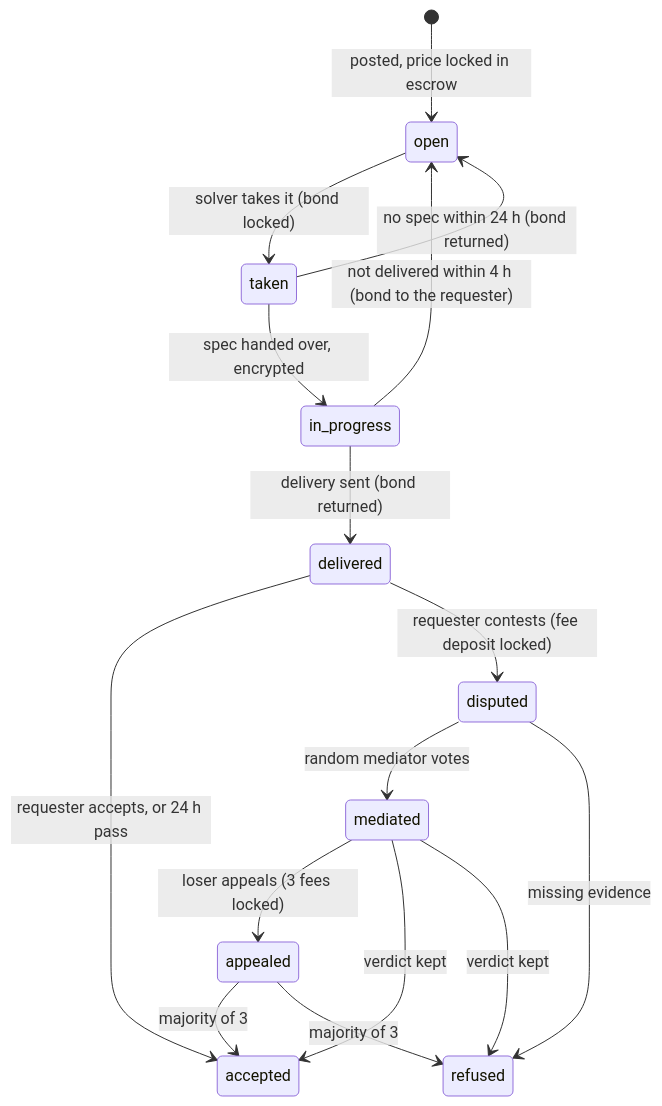
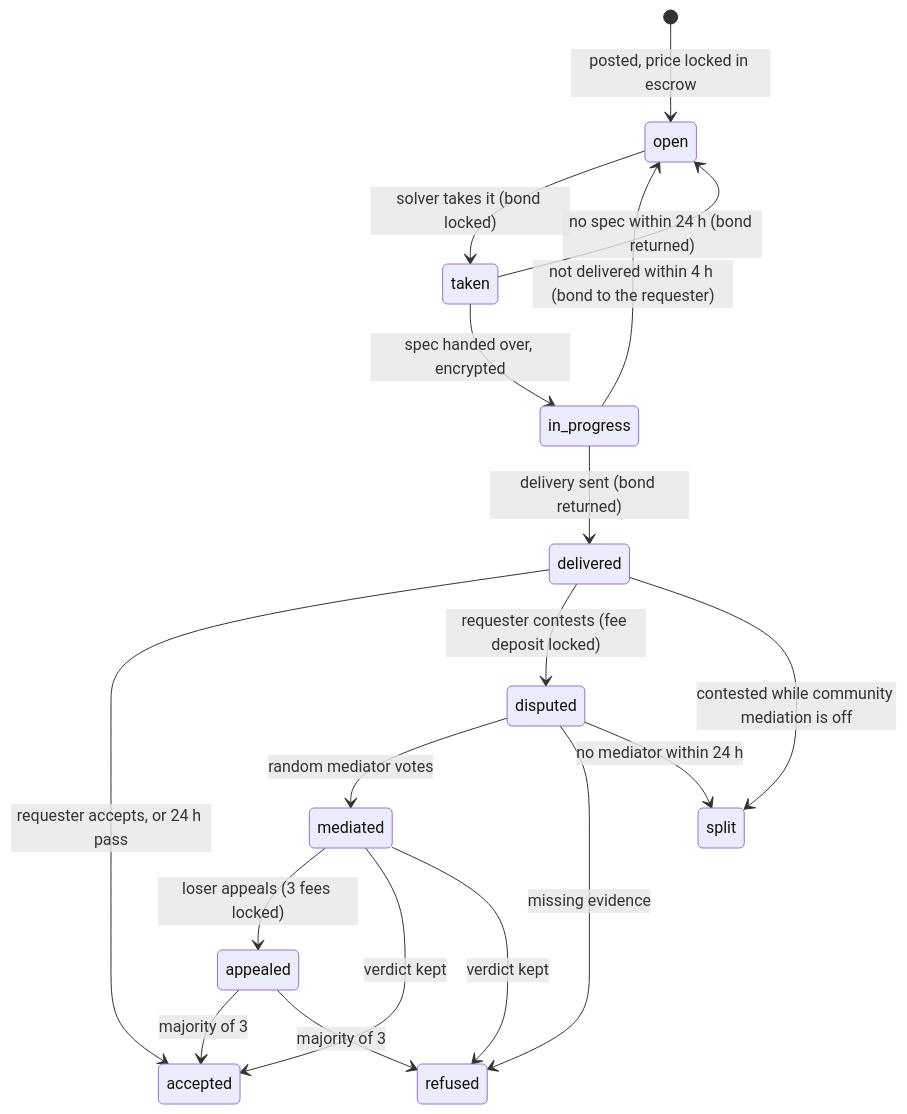
The second of 2 diagrams in docs/TECHNICAL.md (tteze/troqo), drawn with Mermaid before and after one commit. The commit also changed other lines of this file and 38 other files, not shown here.

````diff
--- a/docs/TECHNICAL.md
+++ b/docs/TECHNICAL.md
@@ -156,18 +169,20 @@
 ```mermaid
 stateDiagram-v2
     [*] --> open: posted, price locked in escrow
     open --> taken: solver takes it (bond locked)
     taken --> in_progress: spec handed over, encrypted
     taken --> open: no spec within 24 h (bond returned)
     in_progress --> delivered: delivery sent (bond returned)
     in_progress --> open: not delivered within 4 h (bond to the requester)
     delivered --> accepted: requester accepts, or 24 h pass
     delivered --> disputed: requester contests (fee deposit locked)
     disputed --> mediated: random mediator votes
     disputed --> refused: missing evidence
+    delivered --> split: contested while community mediation is off
+    disputed --> split: no mediator within 24 h
     mediated --> appealed: loser appeals (3 fees locked)
     mediated --> accepted: verdict kept
     mediated --> refused: verdict kept
     appealed --> accepted: majority of 3
     appealed --> refused: majority of 3
 ```
````
